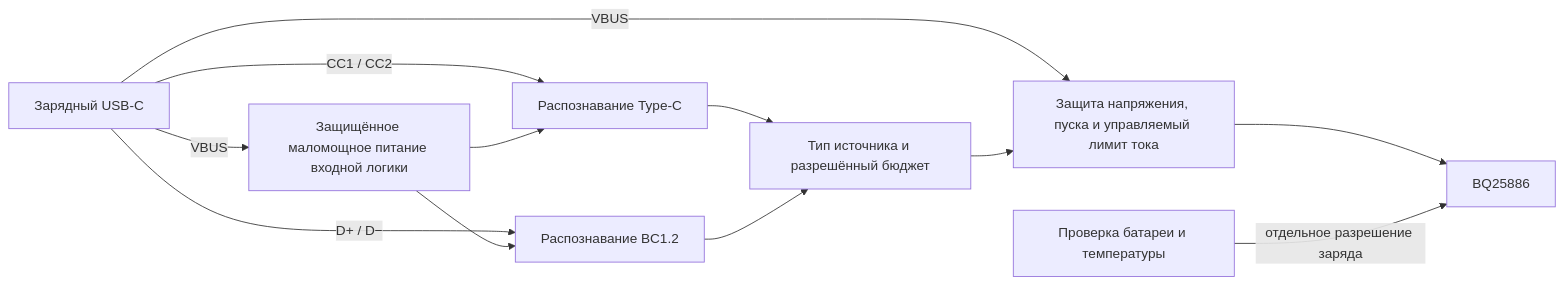
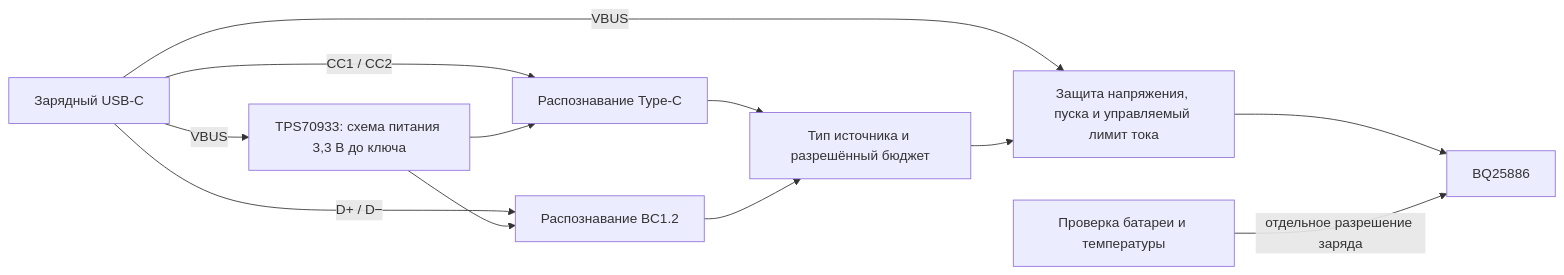
The diagram in docs/usb-source-qualification.md (BlowYourBrain/RaceRemote), drawn with Mermaid before and after one commit. The commit also changed other lines of this file and 18 other files, not shown here.

````diff
--- a/docs/usb-source-qualification.md
+++ b/docs/usb-source-qualification.md
@@ -31,14 +31,14 @@
 ```mermaid
 flowchart LR
     PORT[Зарядный USB-C] -->|CC1 / CC2| CC[Распознавание Type-C]
     PORT -->|D+ / D−| BC[Распознавание BC1.2]
-    PORT -->|VBUS| AUX[Защищённое маломощное питание входной логики]
+    PORT -->|VBUS| AUX[TPS70933: схема питания 3,3 В до ключа]
     AUX --> CC
     AUX --> BC
     CC --> PERMIT[Тип источника и разрешённый бюджет]
     BC --> PERMIT
     PORT -->|VBUS| GATE[Защита напряжения, пуска и управляемый лимит тока]
     PERMIT --> GATE
     GATE --> CORE[BQ25886]
     CELLS[Проверка батареи и температуры] -->|отдельное разрешение заряда| CORE
 ```
````
